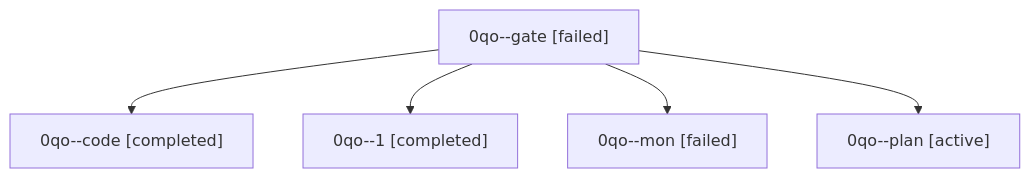
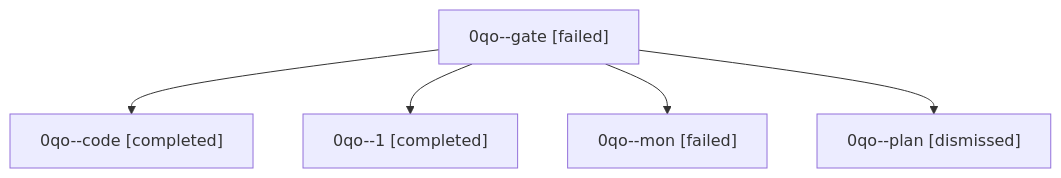
Before and after one commit to sase-org/sase--agents: the diagram in sessions/bbugyi200.athena.0qo.md, drawn with Mermaid. The commit also changed other lines of this file and 24 other files, not shown here.

````diff
--- a/sessions/bbugyi200.athena.0qo.md
+++ b/sessions/bbugyi200.athena.0qo.md
@@ -9,12 +9,12 @@
 ```mermaid
 flowchart TD
   n0["0qo--gate [failed]"]
   n1["0qo--code [completed]"]
   n0 --> n1
   n2["0qo--1 [completed]"]
   n0 --> n2
   n3["0qo--mon [failed]"]
   n0 --> n3
-  n4["0qo--plan [active]"]
+  n4["0qo--plan [dismissed]"]
   n0 --> n4
 ```
````
